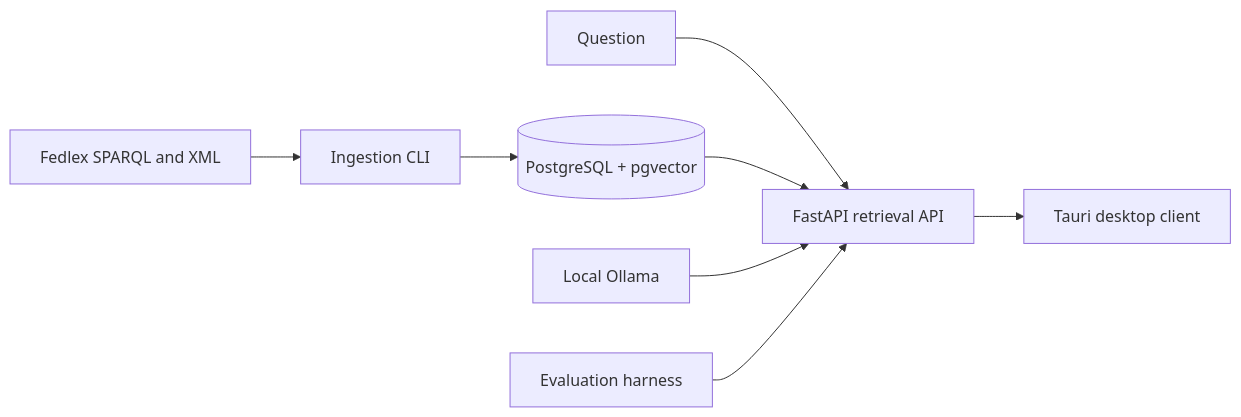
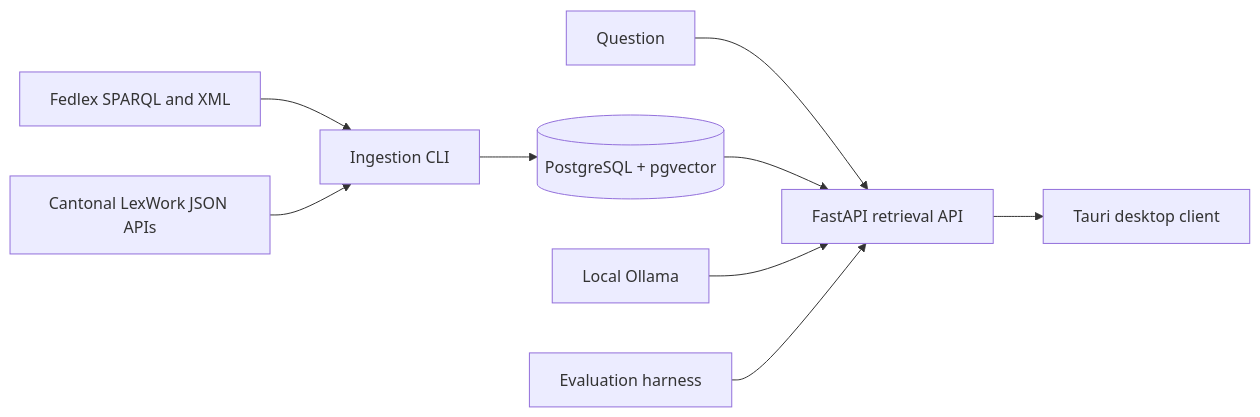
Before and after one commit to samusafe/swiss-legal-rag: the diagram in README.md, drawn with Mermaid. The commit also changed other lines of this file and 82 other files, not shown here.

````diff
--- a/README.md
+++ b/README.md
@@ -44,10 +55,11 @@
 ```mermaid
 flowchart LR
     F[Fedlex SPARQL and XML] --> I[Ingestion CLI]
+    L[Cantonal LexWork JSON APIs] --> I
     I --> P[(PostgreSQL + pgvector)]
     Q[Question] --> R[FastAPI retrieval API]
     P --> R
     O[Local Ollama] --> R
     R --> D[Tauri desktop client]
     E[Evaluation harness] --> R
 ```
````
